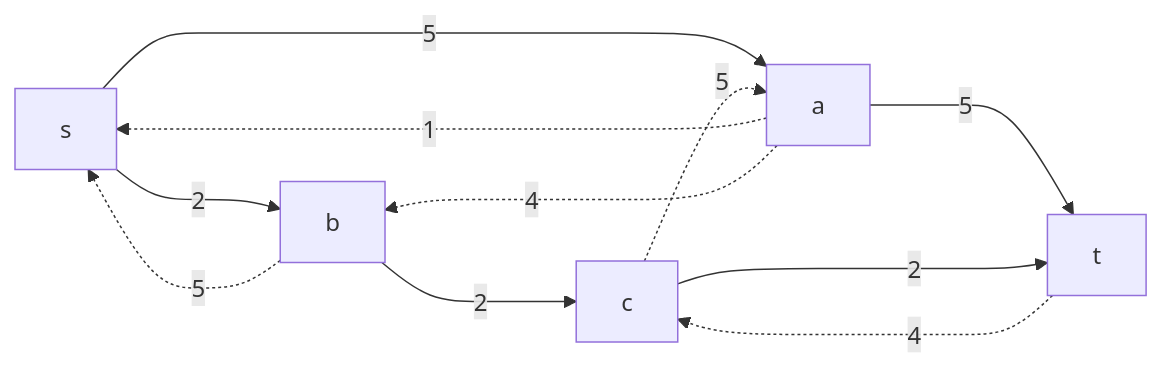
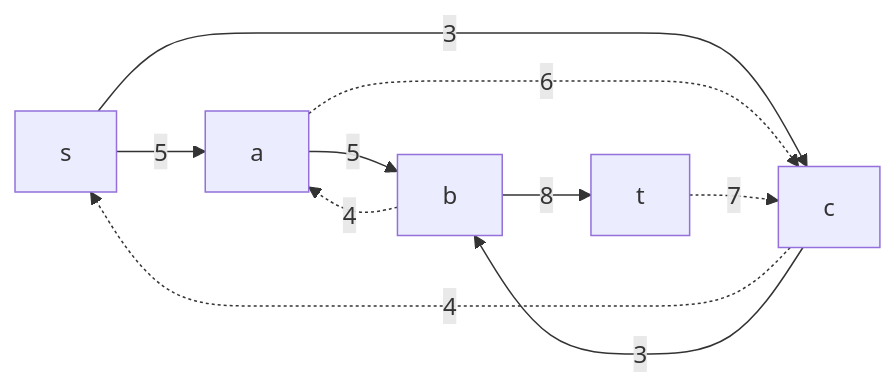
One commit to hse-algo-24-owl/manual-tasks-owl changed the tenth of 13 diagrams in task-9/mikhailkrug.md. Above: the diagram before and after it, drawn with Mermaid. The commit also changed other lines of this file, not shown here.

````diff
--- a/task-9/mikhailkrug.md
+++ b/task-9/mikhailkrug.md
@@ -146,13 +147,12 @@
 ```mermaid
 graph LR
-    s--->|2|b
-    a-.->|1|s
-    s--->|5|a
-    b-.->|5|s
-    a-.->|4|b
-    c-.->|5|a
-    b--->|2|c
-    a--->|5|t
-    t-.->|4|c
-    c--->|2|t
+    s-->|5|a
+    c-.->|4|s
+    s-->|3|c
+    a-->|5|b
+    a-.->|6|c
+    c-->|3|b
+    b-.->|4|a
+    b-->|8|t
+    t-.->|7|c
 ```
````
